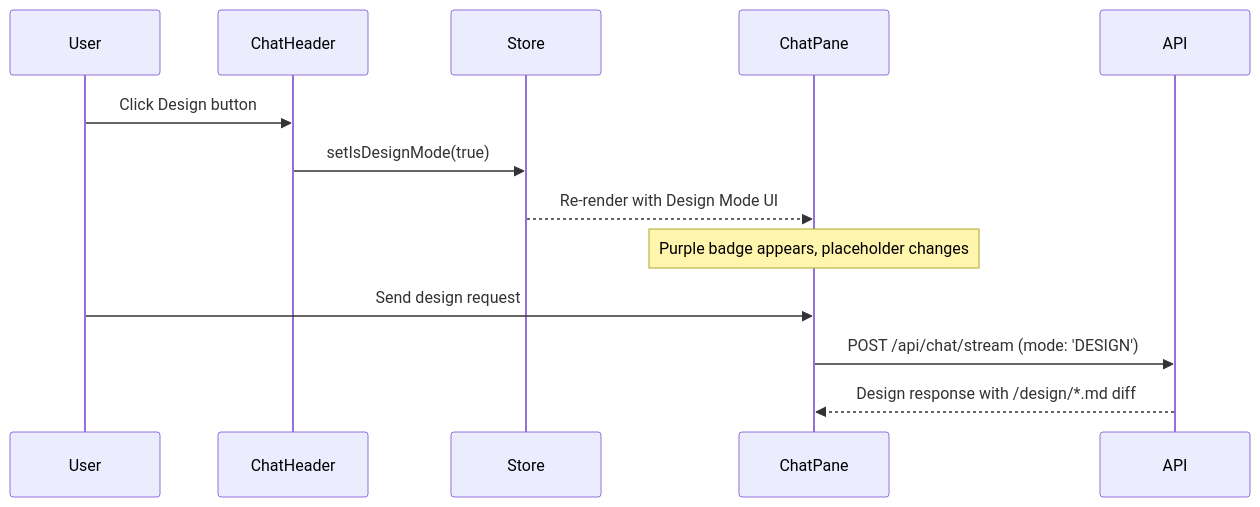
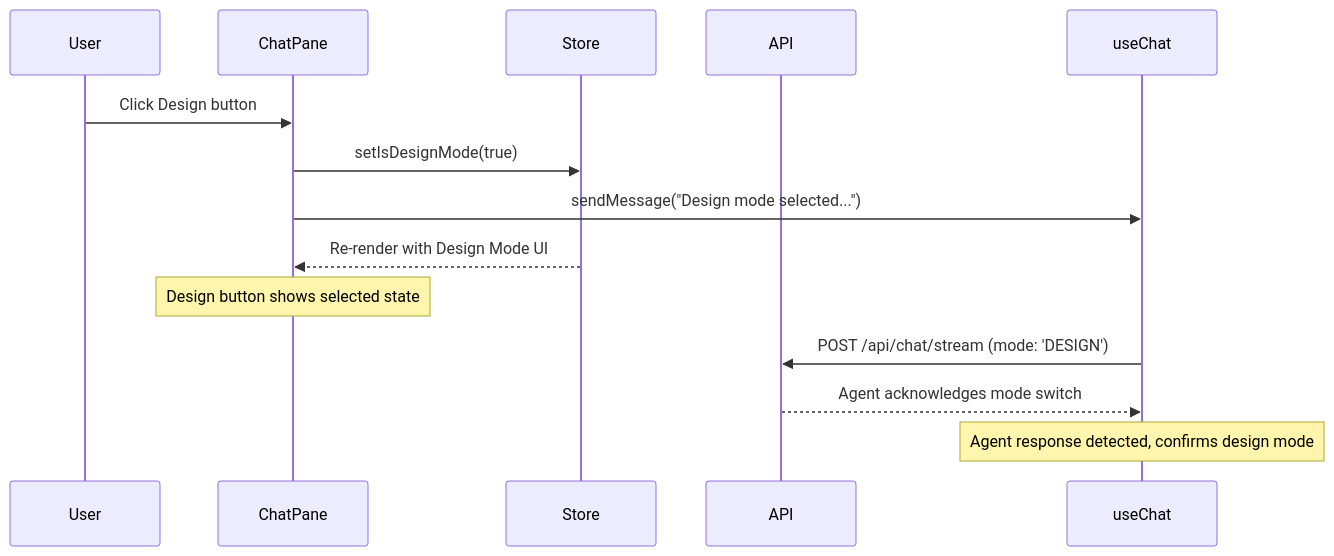
One commit to astral-matrix/ai-creator-app changed the third of 6 diagrams in docs/state-management.md. Above: the diagram before and after it, drawn with Mermaid. The commit also changed other lines of this file and 3 other files, not shown here.

Commit message:
Updated Design/ Build button activated state

````diff
--- a/docs/state-management.md
+++ b/docs/state-management.md
@@ -161,16 +161,17 @@
 ```mermaid
 sequenceDiagram
     participant User
-    participant ChatHeader
+    participant ChatPane
     participant Store
-    participant ChatPane
     participant API
+    participant useChat
 
-    User->>ChatHeader: Click Design button
-    ChatHeader->>Store: setIsDesignMode(true)
+    User->>ChatPane: Click Design button
+    ChatPane->>Store: setIsDesignMode(true)
+    ChatPane->>useChat: sendMessage("Design mode selected...")
     Store-->>ChatPane: Re-render with Design Mode UI
-    Note over ChatPane: Purple badge appears, placeholder changes
-    User->>ChatPane: Send design request
-    ChatPane->>API: POST /api/chat/stream (mode: 'DESIGN')
-    API-->>ChatPane: Design response with /design/*.md diff
+    Note over ChatPane: Design button shows selected state
+    useChat->>API: POST /api/chat/stream (mode: 'DESIGN')
+    API-->>useChat: Agent acknowledges mode switch
+    Note over useChat: Agent response detected, confirms design mode
 ```
````
